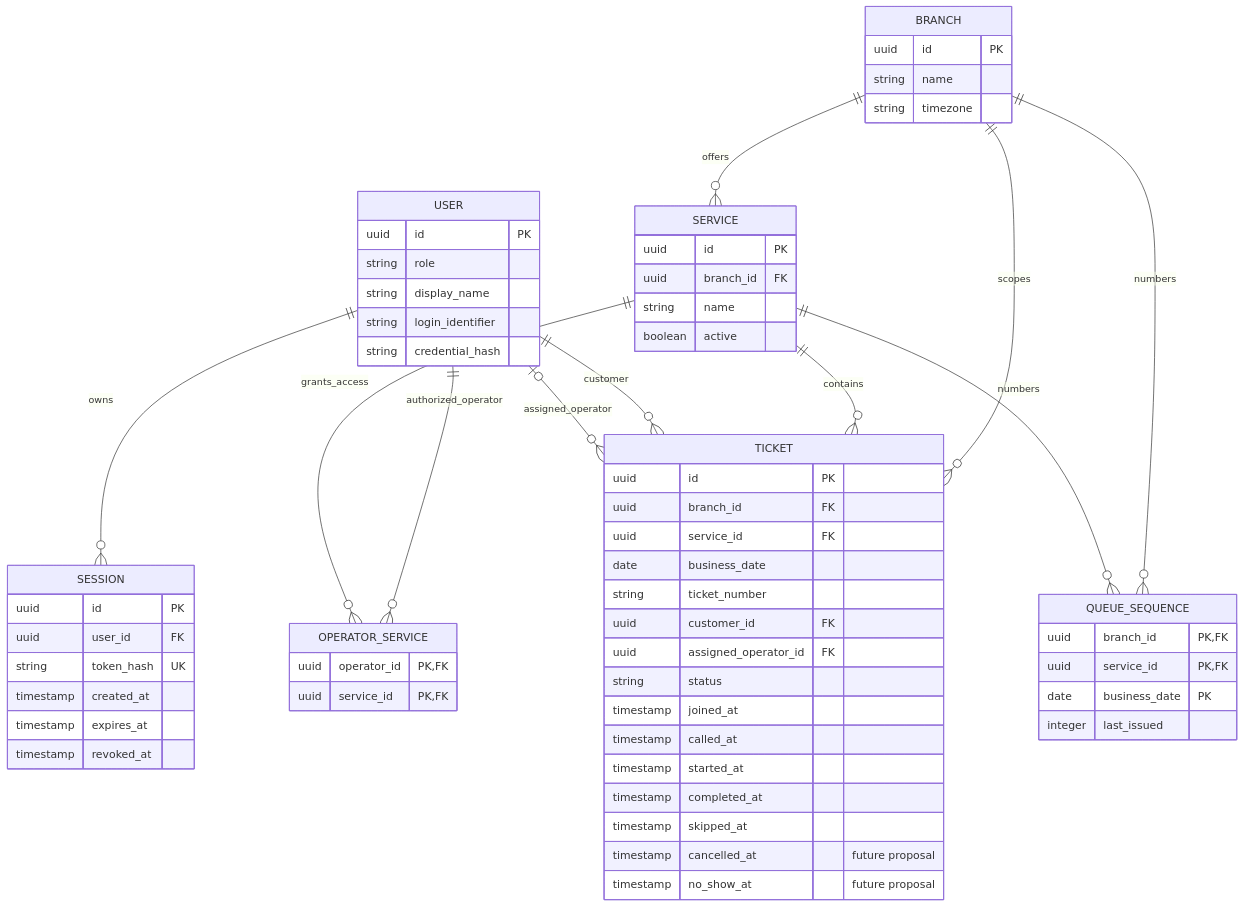
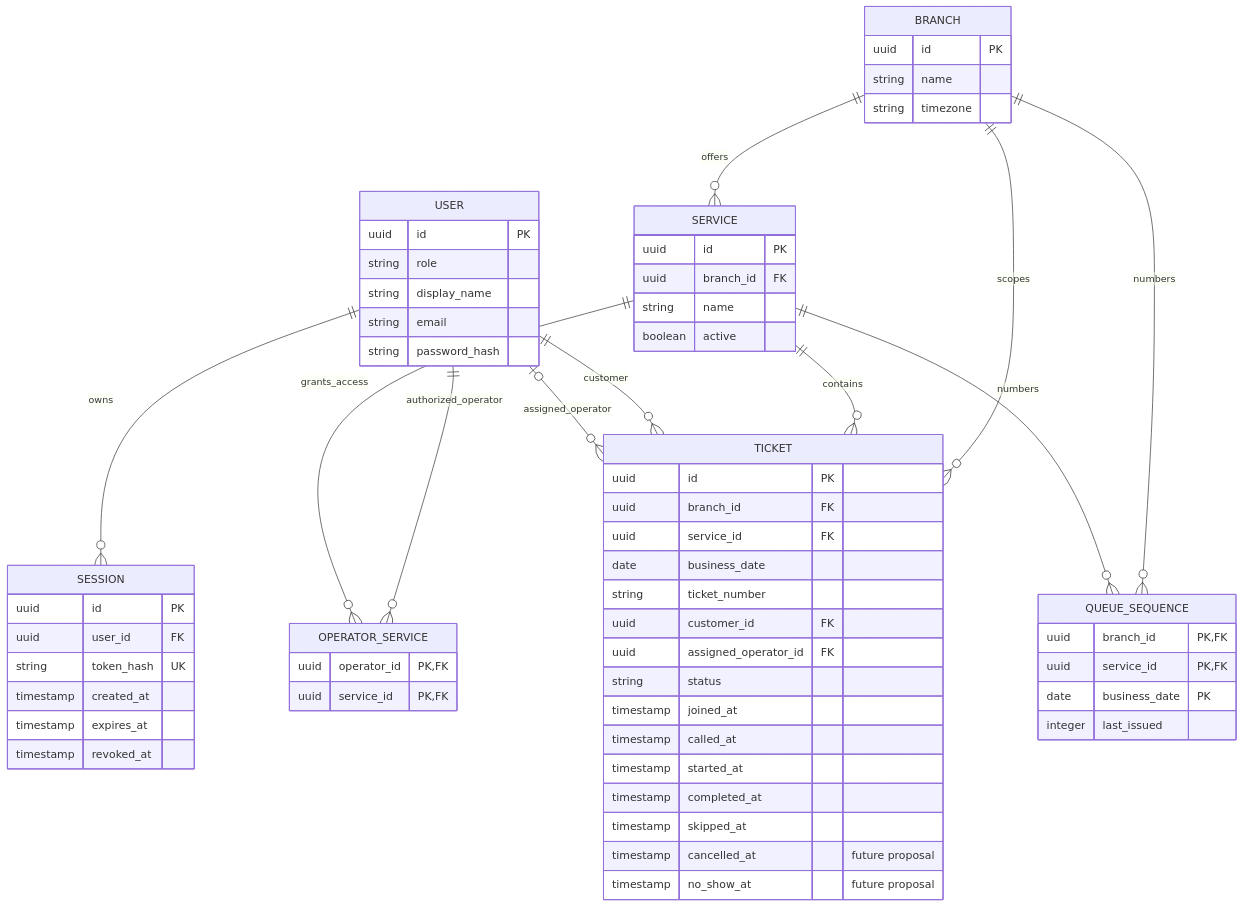
Before and after one commit to SupeemAFK/Quevo: the third of 3 diagrams in docs/design/system-sds.md, drawn with Mermaid. The commit also changed other lines of this file and 30 other files, not shown here.

Commit message:
refactor(auth): clarify email and password field names

````diff
--- a/docs/design/system-sds.md
+++ b/docs/design/system-sds.md
@@ -290,67 +290,67 @@
 ```mermaid
 erDiagram
   USER {
     uuid id PK
     string role
     string display_name
-    string login_identifier
-    string credential_hash
+    string email
+    string password_hash
   }
   SESSION {
     uuid id PK
     uuid user_id FK
     string token_hash UK
     timestamp created_at
     timestamp expires_at
     timestamp revoked_at
   }
   BRANCH {
     uuid id PK
     string name
     string timezone
   }
   SERVICE {
     uuid id PK
     uuid branch_id FK
     string name
     boolean active
   }
   OPERATOR_SERVICE {
     uuid operator_id PK, FK
     uuid service_id PK, FK
   }
   QUEUE_SEQUENCE {
     uuid branch_id PK, FK
     uuid service_id PK, FK
     date business_date PK
     integer last_issued
   }
   TICKET {
     uuid id PK
     uuid branch_id FK
     uuid service_id FK
     date business_date
     string ticket_number
     uuid customer_id FK
     uuid assigned_operator_id FK
     string status
     timestamp joined_at
     timestamp called_at
     timestamp started_at
     timestamp completed_at
     timestamp skipped_at
     timestamp cancelled_at  "future proposal"
     timestamp no_show_at  "future proposal"
   }
 
   USER ||--o{ SESSION : owns
   BRANCH ||--o{ SERVICE : offers
   USER ||--o{ OPERATOR_SERVICE : authorized_operator
   SERVICE ||--o{ OPERATOR_SERVICE : grants_access
   BRANCH ||--o{ QUEUE_SEQUENCE : numbers
   SERVICE ||--o{ QUEUE_SEQUENCE : numbers
   BRANCH ||--o{ TICKET : scopes
   SERVICE ||--o{ TICKET : contains
   USER ||--o{ TICKET : customer
   USER o|--o{ TICKET : assigned_operator
 ```
````
